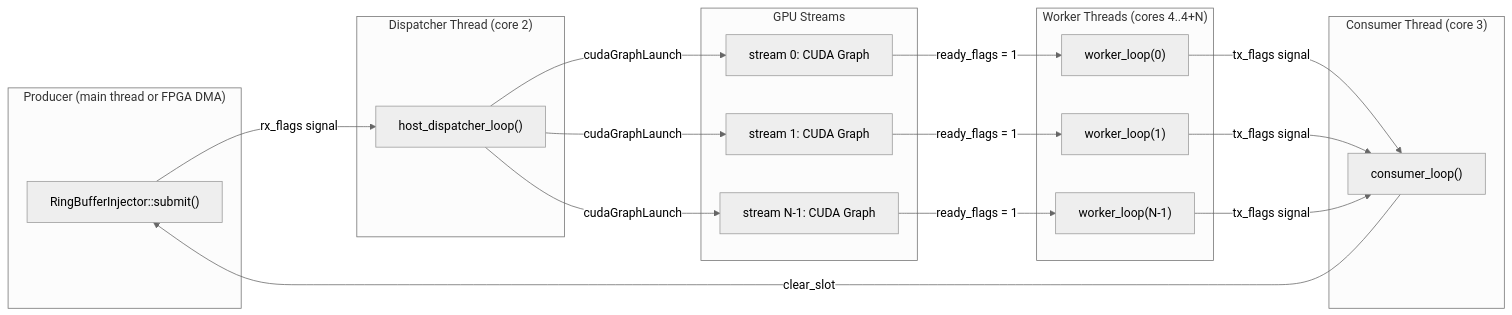
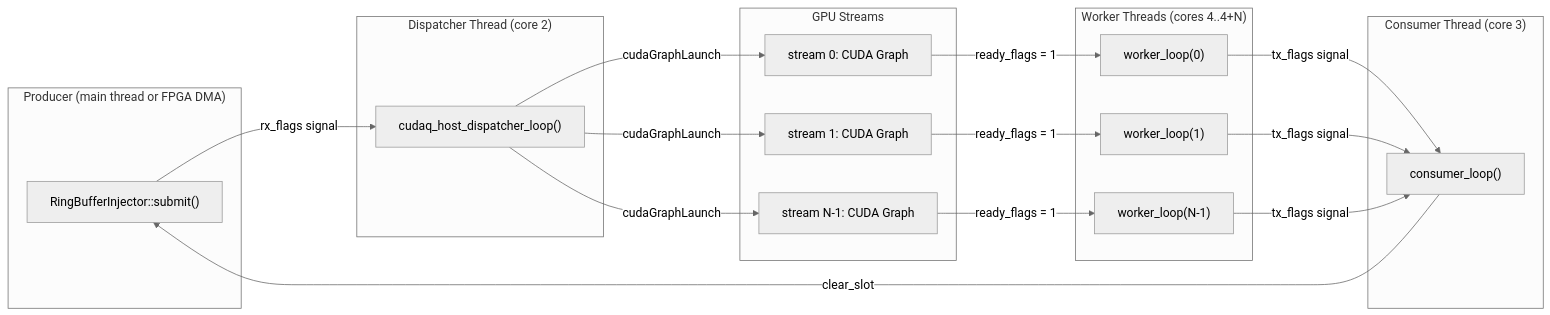
Before and after one commit to wsttiger/cudaqx: the second of 7 diagrams in docs/realtime_pipeline_architecture.md, drawn with Mermaid (neutral theme). The commit also changed other lines of this file and 5 other files, not shown here.

First line of the commit message:
Adapt cudaqx to extern "C" host dispatcher API

````diff
--- a/docs/realtime_pipeline_architecture.md
+++ b/docs/realtime_pipeline_architecture.md
@@ -66,38 +67,38 @@
 ```mermaid
 flowchart LR
     subgraph "Producer (main thread or FPGA DMA)"
         P["RingBufferInjector::submit()"]
     end
 
     subgraph "Dispatcher Thread (core 2)"
-        D["host_dispatcher_loop()"]
+        D["cudaq_host_dispatcher_loop()"]
     end
 
     subgraph "Worker Threads (cores 4..4+N)"
         W0["worker_loop(0)"]
         W1["worker_loop(1)"]
         Wn["worker_loop(N-1)"]
     end
 
     subgraph "Consumer Thread (core 3)"
         C["consumer_loop()"]
     end
 
     subgraph "GPU Streams"
         G0["stream 0: CUDA Graph"]
         G1["stream 1: CUDA Graph"]
         Gn["stream N-1: CUDA Graph"]
     end
 
     P -->|"rx_flags signal"| D
     D -->|"cudaGraphLaunch"| G0
     D -->|"cudaGraphLaunch"| G1
     D -->|"cudaGraphLaunch"| Gn
     G0 -->|"ready_flags = 1"| W0
     G1 -->|"ready_flags = 1"| W1
     Gn -->|"ready_flags = 1"| Wn
     W0 -->|"tx_flags signal"| C
     W1 -->|"tx_flags signal"| C
     Wn -->|"tx_flags signal"| C
     C -->|"clear_slot"| P
 ```
````
